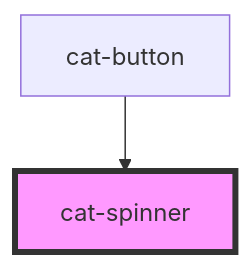
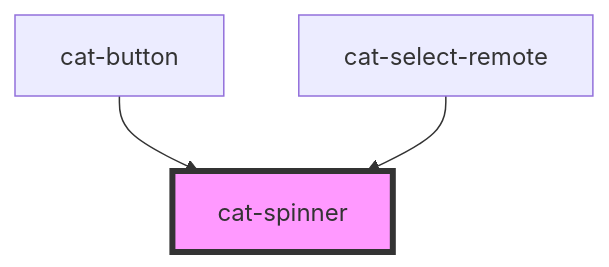
One commit to haiilo/catalyst changed the diagram in core/src/components/cat-spinner/readme.md. Above: the diagram before and after it, drawn with Mermaid. The commit also changed other lines of this file and 12 other files, not shown here.

````diff
--- a/core/src/components/cat-spinner/readme.md
+++ b/core/src/components/cat-spinner/readme.md
@@ -21,5 +22,6 @@
 ```mermaid
 graph TD;
   cat-button --> cat-spinner
+  cat-select-remote --> cat-spinner
   style cat-spinner fill:#f9f,stroke:#333,stroke-width:4px
 ```
````
